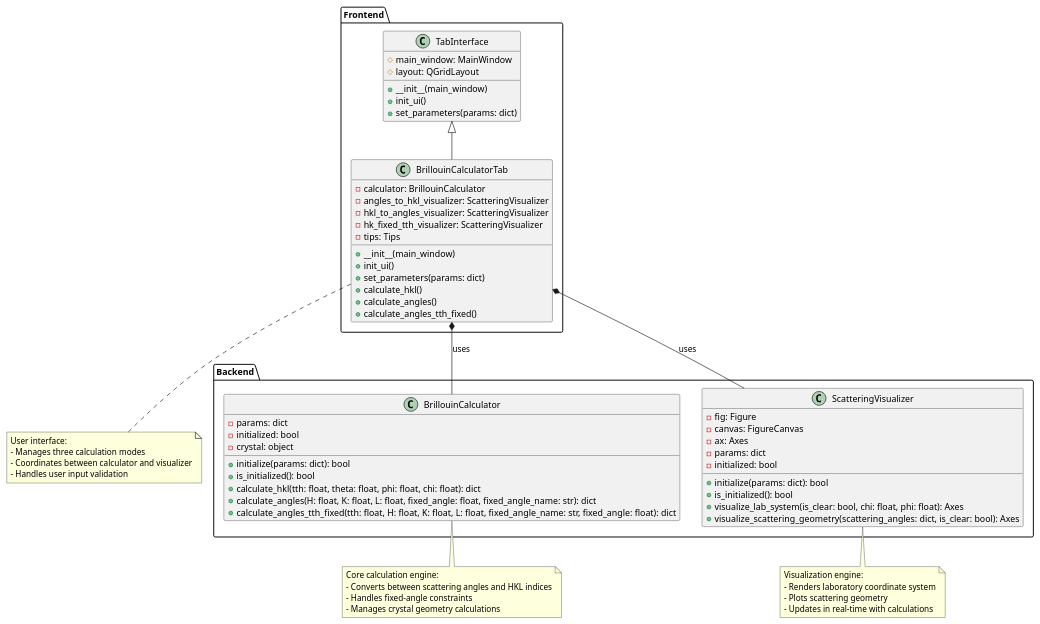
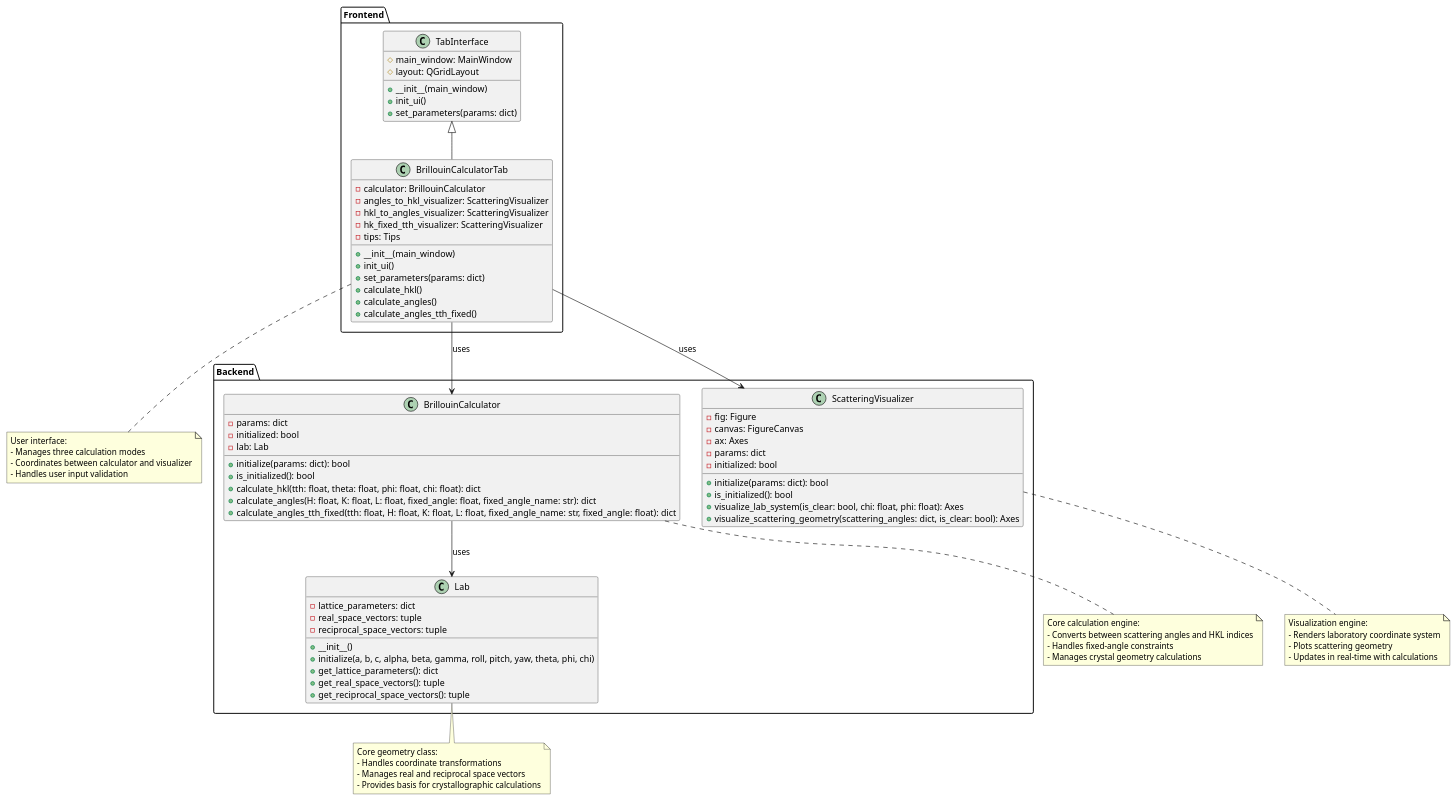
One commit to HongXunyang/rixs_pre_toolbox changed the first of 2 diagrams in uml/brillouin_calculator.puml. Above: the diagram before and after it, drawn with PlantUML. The commit also changed other lines of this file and 11 other files, not shown here.

```diff
--- a/uml/brillouin_calculator.puml
+++ b/uml/brillouin_calculator.puml
@@ -1,77 +1,96 @@
 @startuml Brillouin Calculator - Class Diagram
 
 package "Backend" {
   class BrillouinCalculator {
     - params: dict
     - initialized: bool
-    - crystal: object
+    - lab: Lab
     + initialize(params: dict): bool
     + is_initialized(): bool
     + calculate_hkl(tth: float, theta: float, phi: float, chi: float): dict
     + calculate_angles(H: float, K: float, L: float, fixed_angle: float, fixed_angle_name: str): dict
     + calculate_angles_tth_fixed(tth: float, H: float, K: float, L: float, fixed_angle_name: str, fixed_angle: float): dict
   }
 
   class ScatteringVisualizer {
     - fig: Figure
     - canvas: FigureCanvas
     - ax: Axes
     - params: dict
     - initialized: bool
     + initialize(params: dict): bool
     + is_initialized(): bool
     + visualize_lab_system(is_clear: bool, chi: float, phi: float): Axes
     + visualize_scattering_geometry(scattering_angles: dict, is_clear: bool): Axes
+  }
+  
+  class Lab {
+    - lattice_parameters: dict
+    - real_space_vectors: tuple
+    - reciprocal_space_vectors: tuple
+    + __init__()
+    + initialize(a, b, c, alpha, beta, gamma, roll, pitch, yaw, theta, phi, chi)
+    + get_lattice_parameters(): dict
+    + get_real_space_vectors(): tuple
+    + get_reciprocal_space_vectors(): tuple
   }
 }
 
 package "Frontend" {
   class TabInterface {
     # main_window: MainWindow
     # layout: QGridLayout
     + __init__(main_window)
     + init_ui()
     + set_parameters(params: dict)
   }
 
   class BrillouinCalculatorTab {
     - calculator: BrillouinCalculator
     - angles_to_hkl_visualizer: ScatteringVisualizer
     - hkl_to_angles_visualizer: ScatteringVisualizer
     - hk_fixed_tth_visualizer: ScatteringVisualizer
     - tips: Tips
     + __init__(main_window)
     + init_ui()
     + set_parameters(params: dict)
     + calculate_hkl()
     + calculate_angles()
     + calculate_angles_tth_fixed()
   }
 }
 
 TabInterface <|-- BrillouinCalculatorTab
-BrillouinCalculatorTab *-- BrillouinCalculator : uses
-BrillouinCalculatorTab *-- ScatteringVisualizer : uses
+BrillouinCalculatorTab --> BrillouinCalculator : uses
+BrillouinCalculatorTab --> ScatteringVisualizer : uses
+BrillouinCalculator --> Lab : uses
 
 note bottom of BrillouinCalculator
   Core calculation engine:
   - Converts between scattering angles and HKL indices
   - Handles fixed-angle constraints
   - Manages crystal geometry calculations
 end note
 
 note bottom of ScatteringVisualizer
   Visualization engine:
   - Renders laboratory coordinate system
   - Plots scattering geometry
   - Updates in real-time with calculations
 end note
 
+note bottom of Lab
+  Core geometry class:
+  - Handles coordinate transformations
+  - Manages real and reciprocal space vectors
+  - Provides basis for crystallographic calculations
+end note
+
 note bottom of BrillouinCalculatorTab
   User interface:
   - Manages three calculation modes
   - Coordinates between calculator and visualizer
   - Handles user input validation
 end note
 
 @enduml
```
